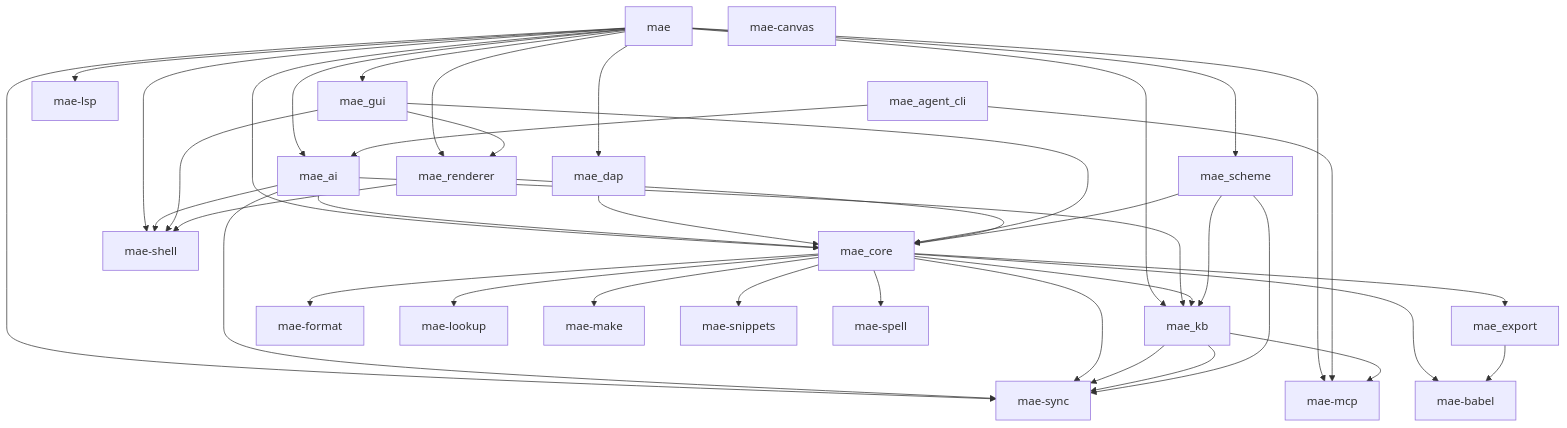
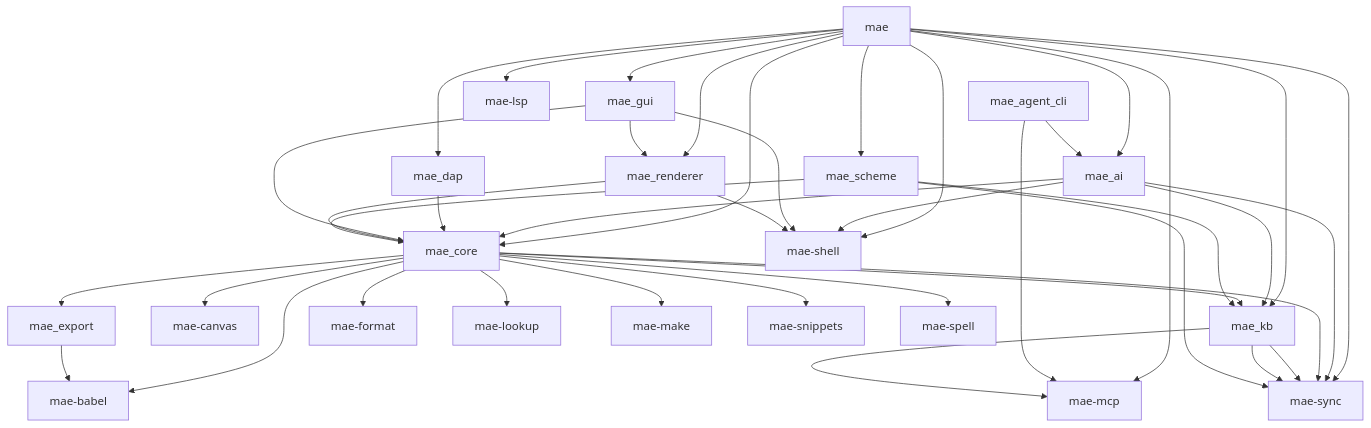
Before and after one commit to cuttlefisch/mae: the diagram in docs/CODE_MAP.md, drawn with Mermaid. The commit also changed other lines of this file and 10 other files, not shown here.

````diff
--- a/docs/CODE_MAP.md
+++ b/docs/CODE_MAP.md
@@ -7,53 +7,54 @@
 ```mermaid
 graph TD
     mae --> mae_ai
     mae --> mae_core
     mae --> mae_dap
     mae --> mae_gui
     mae --> mae_kb
     mae --> mae_lsp
     mae --> mae_mcp
     mae --> mae_renderer
     mae --> mae_scheme
     mae --> mae_shell
     mae --> mae_sync
     mae_agent_cli --> mae_ai
     mae_agent_cli --> mae_mcp
     mae_ai --> mae_core
     mae_ai --> mae_kb
     mae_ai --> mae_shell
     mae_ai --> mae_sync
     mae_babel[mae-babel]
     mae_canvas[mae-canvas]
     mae_core --> mae_babel
+    mae_core --> mae_canvas
     mae_core --> mae_export
     mae_core --> mae_format
     mae_core --> mae_kb
     mae_core --> mae_lookup
     mae_core --> mae_make
     mae_core --> mae_snippets
     mae_core --> mae_spell
     mae_core --> mae_sync
     mae_dap --> mae_core
     mae_export --> mae_babel
     mae_format[mae-format]
     mae_gui --> mae_core
     mae_gui --> mae_renderer
     mae_gui --> mae_shell
     mae_kb --> mae_mcp
     mae_kb --> mae_sync
     mae_kb --> mae_sync
     mae_lookup[mae-lookup]
     mae_lsp[mae-lsp]
     mae_make[mae-make]
     mae_mcp[mae-mcp]
     mae_renderer --> mae_core
     mae_renderer --> mae_shell
     mae_scheme --> mae_core
     mae_scheme --> mae_kb
     mae_scheme --> mae_sync
     mae_shell[mae-shell]
     mae_snippets[mae-snippets]
     mae_spell[mae-spell]
     mae_sync[mae-sync]
 ```
````
